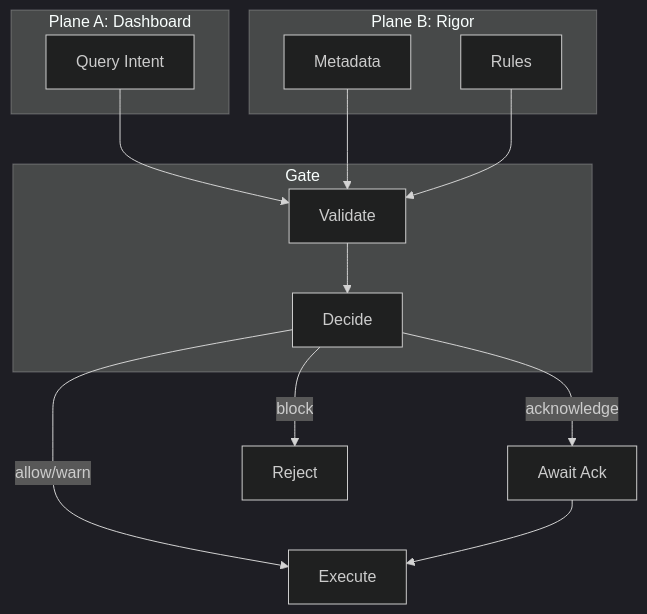
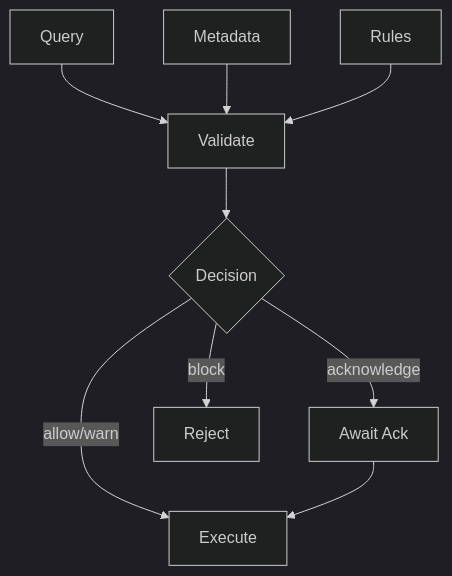
Before and after one commit to adieyal/invariant: the second of 2 diagrams in docs/architecture/two-planes-and-gate.md, drawn with Mermaid (dark theme). The commit also changed other lines of this file and 28 other files, not shown here.

````diff
--- a/docs/architecture/two-planes-and-gate.md
+++ b/docs/architecture/two-planes-and-gate.md
@@ -9,25 +54,11 @@
 ```mermaid
 graph TB
-    subgraph "Plane A: Dashboard"
-        Q[Query Intent]
-    end
-
-    subgraph "Gate"
-        V[Validate]
-        D[Decide]
-    end
-
-    subgraph "Plane B: Rigor"
-        M[Metadata]
-        R[Rules]
-    end
-
-    Q --> V
-    M --> V
-    R --> V
-    V --> D
+    Q[Query] --> V[Validate]
+    M[Metadata] --> V
+    R[Rules] --> V
+    V --> D{Decision}
     D -->|allow/warn| E[Execute]
     D -->|acknowledge| A[Await Ack]
     D -->|block| X[Reject]
     A --> E
 ```
````
